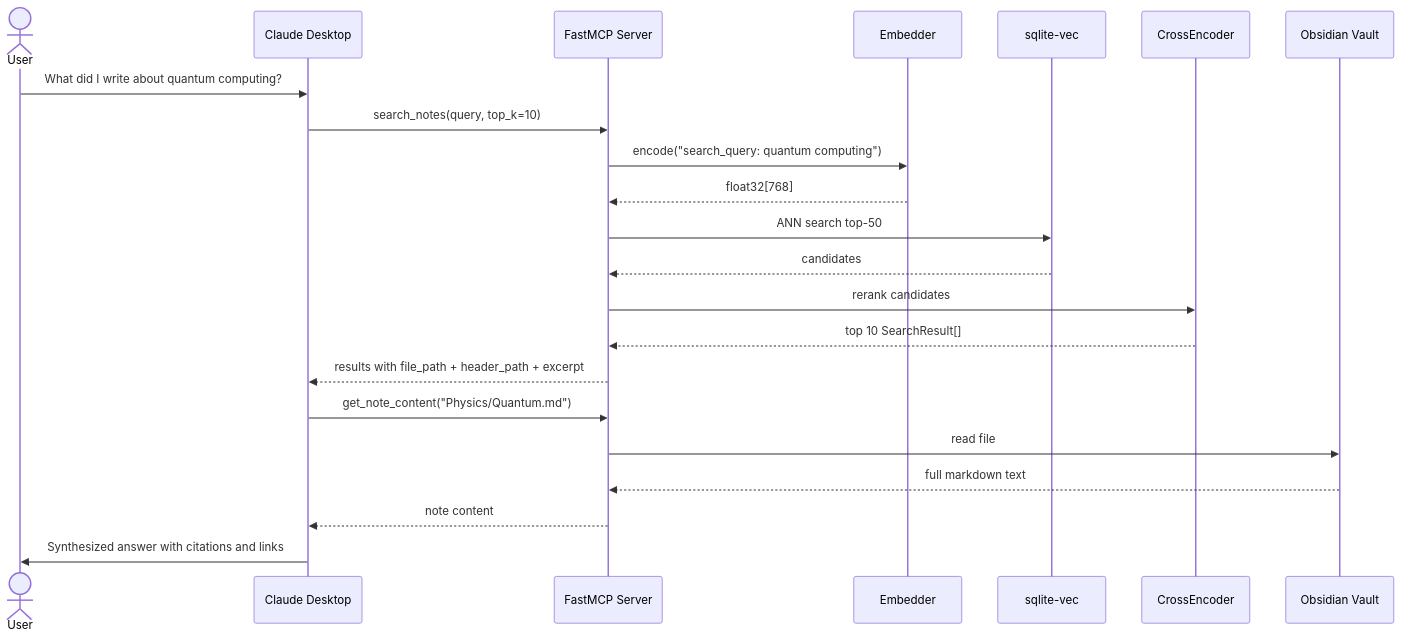
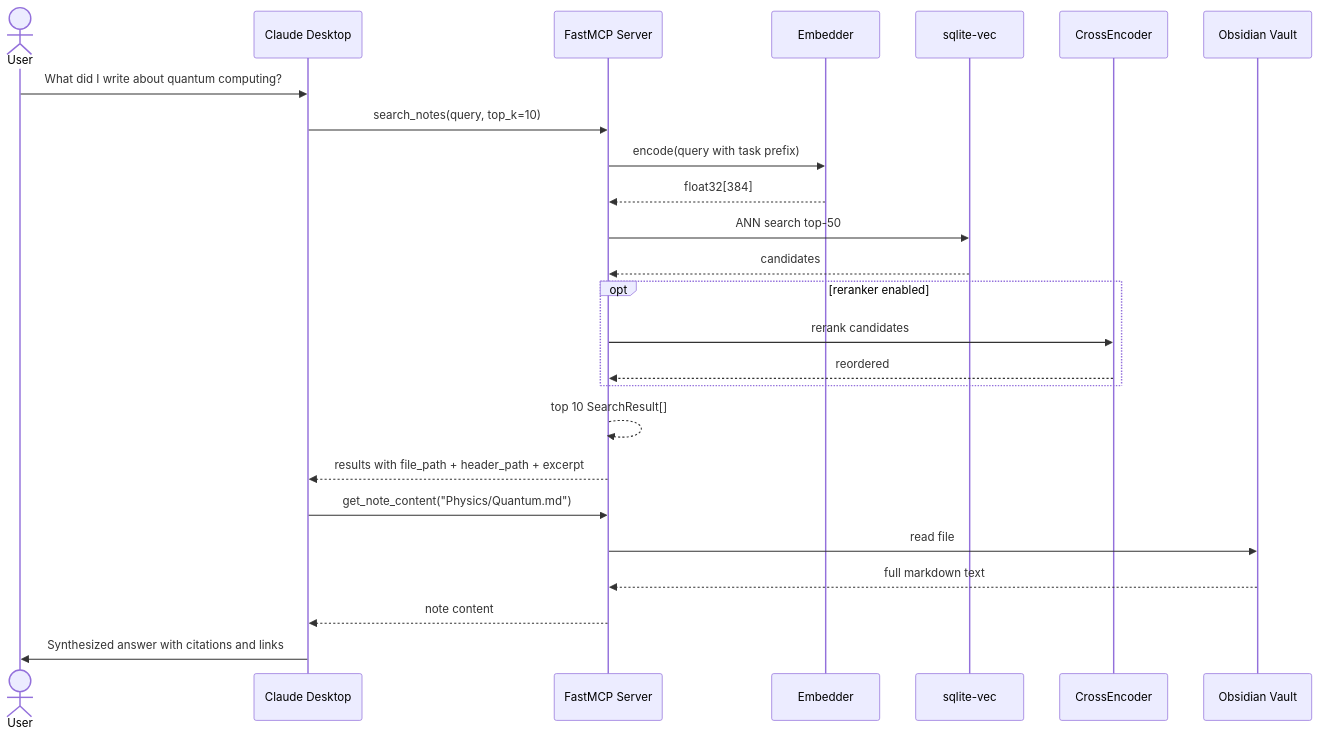
Before and after one commit to unnitin/obsidian-mcp: the third of 6 diagrams in docs/userflows.md, drawn with Mermaid. The commit also changed other lines of this file and 47 other files, not shown here.

````diff
--- a/docs/userflows.md
+++ b/docs/userflows.md
@@ -136,28 +101,31 @@
 ```mermaid
 sequenceDiagram
     actor User
     participant Claude as Claude Desktop
     participant MCP as FastMCP Server
     participant Embed as Embedder
     participant DB as sqlite-vec
     participant Rerank as CrossEncoder
     participant Vault as Obsidian Vault
 
     User->>Claude: What did I write about quantum computing?
 
     Claude->>MCP: search_notes(query, top_k=10)
-    MCP->>Embed: encode("search_query: quantum computing")
-    Embed-->>MCP: float32[768]
+    MCP->>Embed: encode(query with task prefix)
+    Embed-->>MCP: float32[384]
     MCP->>DB: ANN search top-50
     DB-->>MCP: candidates
-    MCP->>Rerank: rerank candidates
-    Rerank-->>MCP: top 10 SearchResult[]
+    opt reranker enabled
+        MCP->>Rerank: rerank candidates
+        Rerank-->>MCP: reordered
+    end
+    MCP-->>MCP: top 10 SearchResult[]
     MCP-->>Claude: results with file_path + header_path + excerpt
 
     Claude->>MCP: get_note_content("Physics/Quantum.md")
     MCP->>Vault: read file
     Vault-->>MCP: full markdown text
     MCP-->>Claude: note content
 
     Claude->>User: Synthesized answer with citations and links
 ```
````
